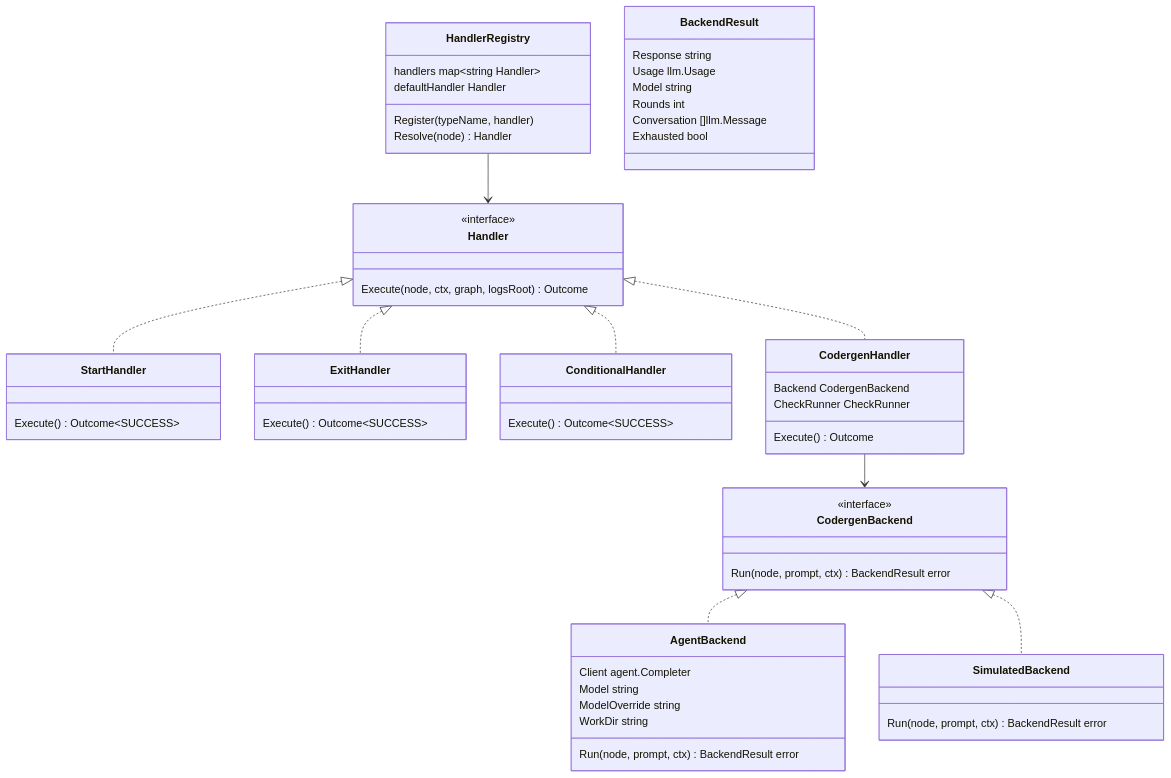
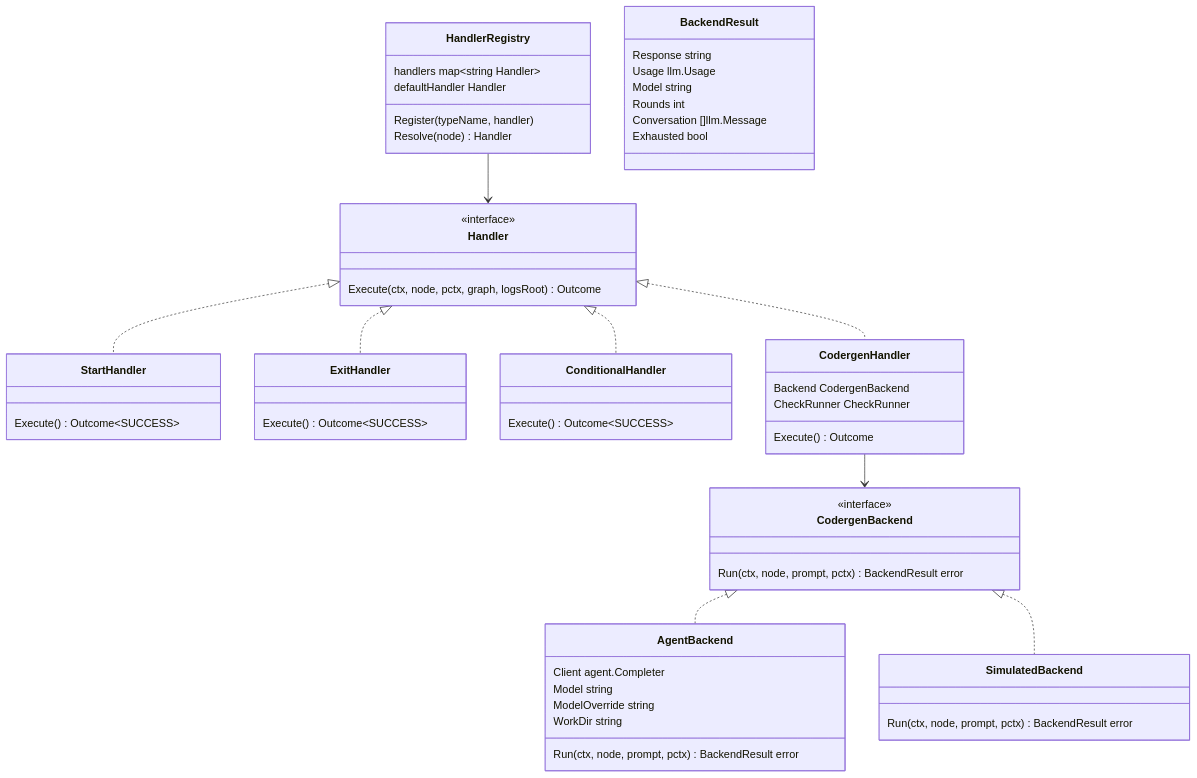
The eighth of 11 diagrams in docs/architecture.md (campallison/attractor), drawn with Mermaid before and after one commit. The commit also changed other lines of this file and 20 other files, not shown here.

````diff
--- a/docs/architecture.md
+++ b/docs/architecture.md
@@ -409,67 +409,67 @@
 ```mermaid
 classDiagram
     class Handler {
         <<interface>>
-        Execute(node, ctx, graph, logsRoot) Outcome
+        Execute(ctx, node, pctx, graph, logsRoot) Outcome
     }
 
     class HandlerRegistry {
         handlers map~string Handler~
         defaultHandler Handler
         Register(typeName, handler)
         Resolve(node) Handler
     }
 
     class StartHandler {
         Execute() Outcome~SUCCESS~
     }
 
     class ExitHandler {
         Execute() Outcome~SUCCESS~
     }
 
     class ConditionalHandler {
         Execute() Outcome~SUCCESS~
     }
 
     class CodergenHandler {
         Backend CodergenBackend
         CheckRunner CheckRunner
         Execute() Outcome
     }
 
     class BackendResult {
         Response string
         Usage llm.Usage
         Model string
         Rounds int
         Conversation []llm.Message
         Exhausted bool
     }
 
     class CodergenBackend {
         <<interface>>
-        Run(node, prompt, ctx) BackendResult error
+        Run(ctx, node, prompt, pctx) BackendResult error
     }
 
     class AgentBackend {
         Client agent.Completer
         Model string
         ModelOverride string
         WorkDir string
-        Run(node, prompt, ctx) BackendResult error
+        Run(ctx, node, prompt, pctx) BackendResult error
     }
 
     class SimulatedBackend {
-        Run(node, prompt, ctx) BackendResult error
+        Run(ctx, node, prompt, pctx) BackendResult error
     }
 
     Handler <|.. StartHandler
     Handler <|.. ExitHandler
     Handler <|.. ConditionalHandler
     Handler <|.. CodergenHandler
     CodergenBackend <|.. AgentBackend
     CodergenBackend <|.. SimulatedBackend
     CodergenHandler --> CodergenBackend
     HandlerRegistry --> Handler
 ```
````
